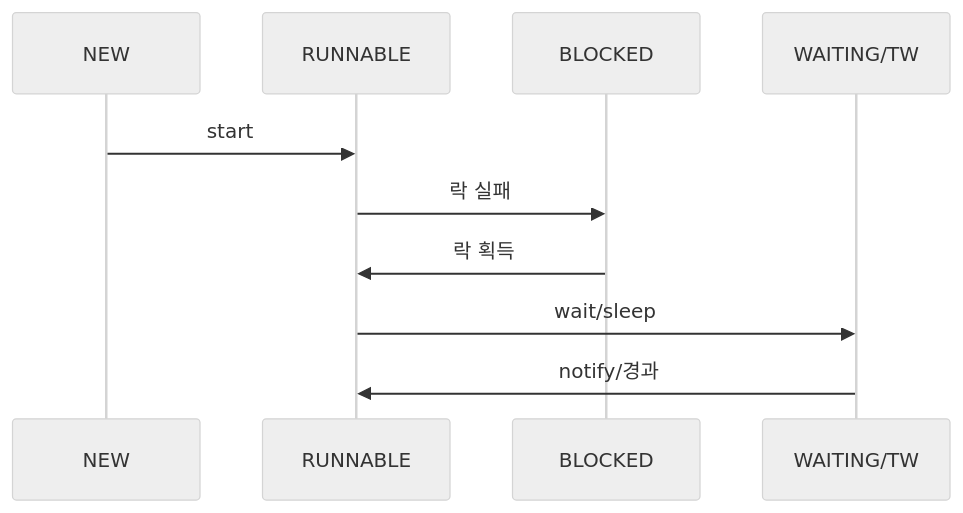
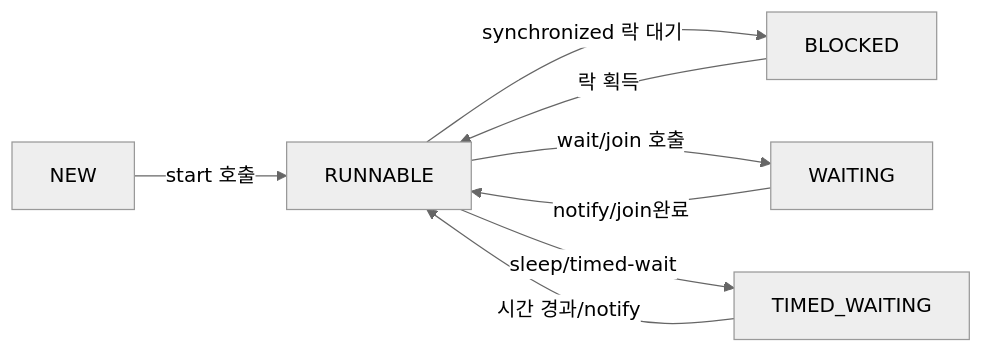
The first of 4 diagrams in _posts/java/2026-05-01-java-thread.md (yjkim2015/yjkim2015.github.io), drawn with Mermaid (neutral theme) before and after one commit. The commit also changed other lines of this file and 4 other files, not shown here.

````diff
--- a/_posts/java/2026-05-01-java-thread.md
+++ b/_posts/java/2026-05-01-java-thread.md
@@ -77,8 +24,10 @@
 ```mermaid
-sequenceDiagram
-    NEW->>RUNNABLE: start
-    RUNNABLE->>BLOCKED: 락 실패
-    BLOCKED->>RUNNABLE: 락 획득
-    RUNNABLE->>WAITING/TW: wait/sleep
-    WAITING/TW->>RUNNABLE: notify/경과
+graph LR
+    NEW["NEW"] -->|start 호출| RUN["RUNNABLE"]
+    RUN -->|synchronized 락 대기| BLK["BLOCKED"]
+    BLK -->|락 획득| RUN
+    RUN -->|wait/join 호출| WAIT["WAITING"]
+    WAIT -->|notify/join완료| RUN
+    RUN -->|sleep/timed-wait| TW["TIMED_WAITING"]
+    TW -->|시간 경과/notify| RUN
 ```
````
